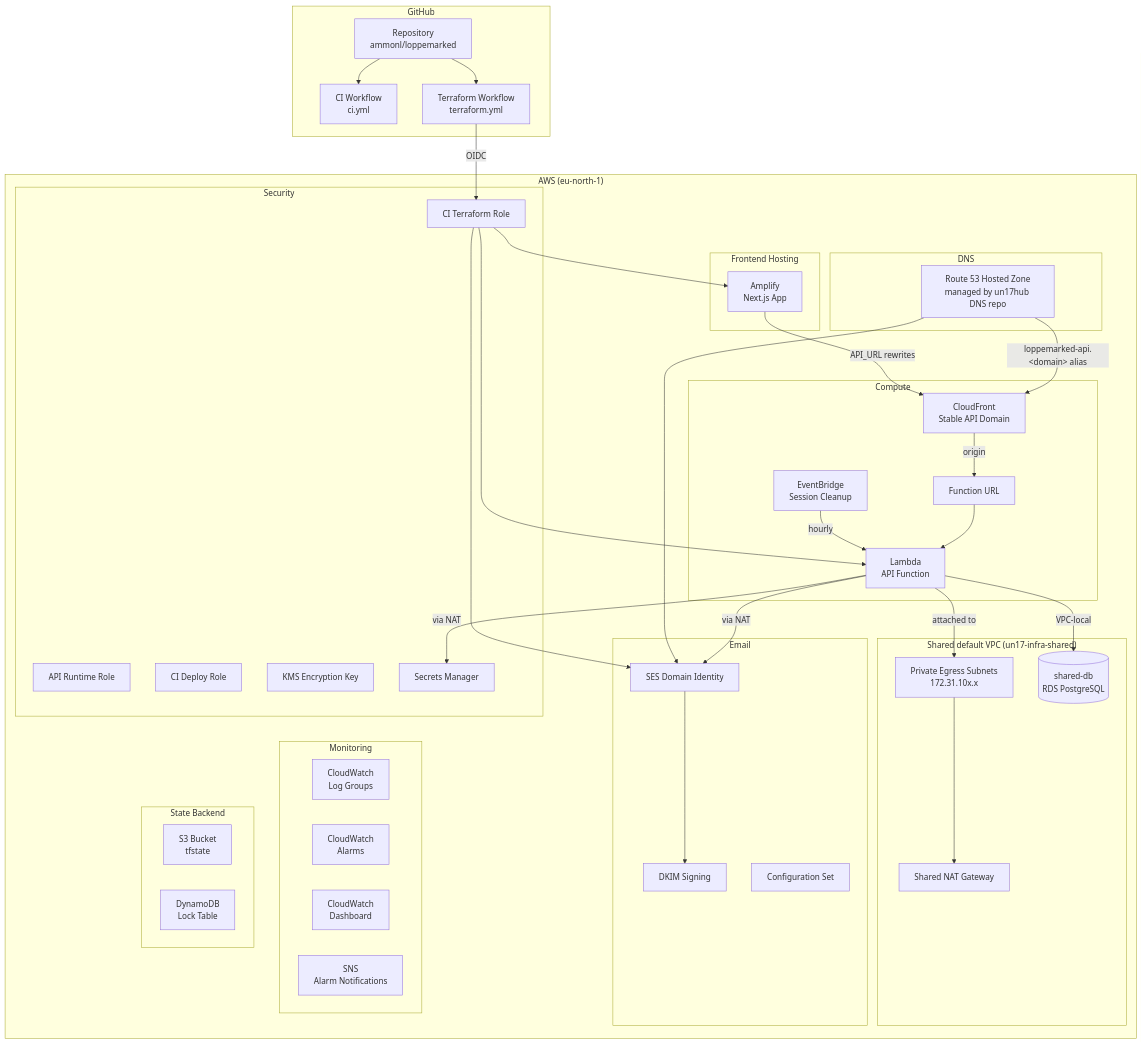
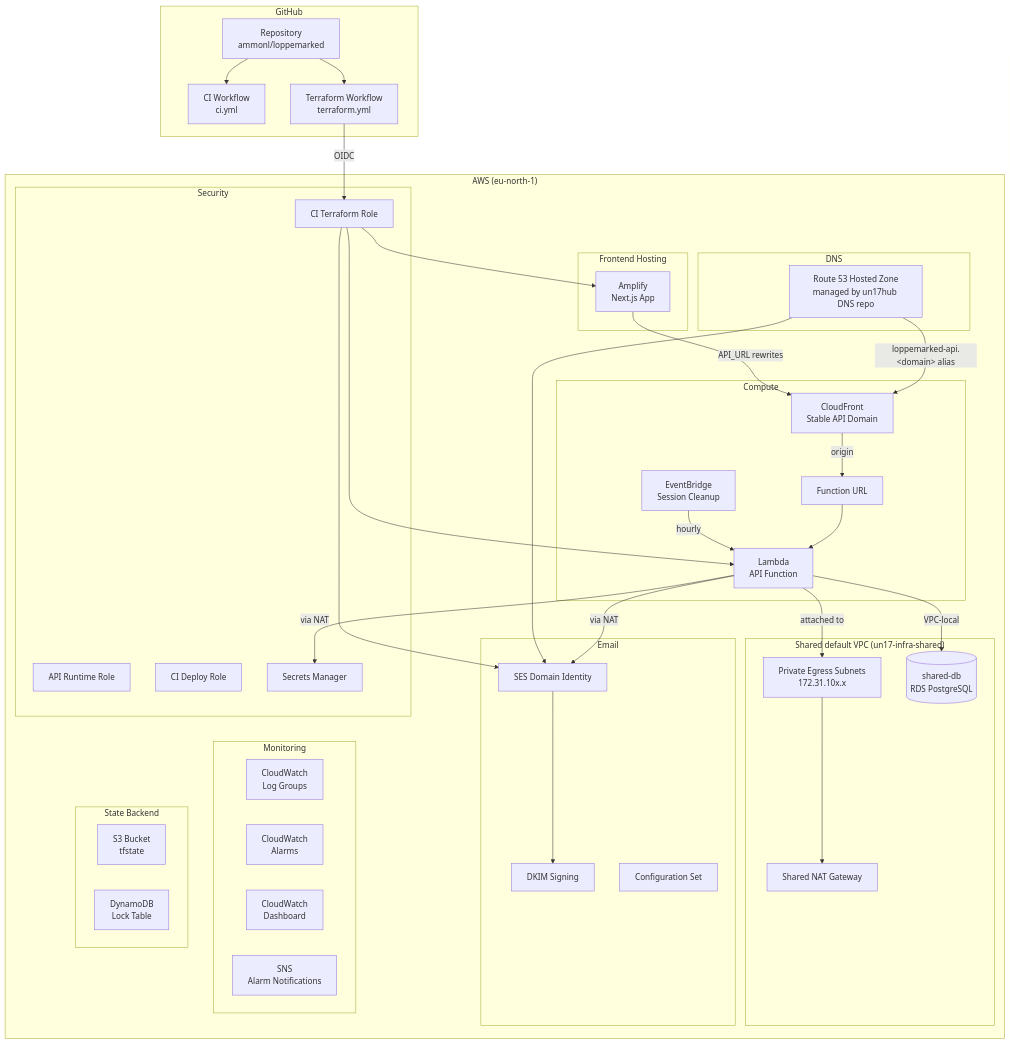
One commit to ammonl/loppemarked changed the sixth of 7 diagrams in docs/architecture.md. Above: the diagram before and after it, drawn with Mermaid. The commit also changed other lines of this file and 3 other files, not shown here.

First line of the commit message:
chore(infra): retire the per-stack CloudWatch logs KMS key (#302)

````diff
--- a/docs/architecture.md
+++ b/docs/architecture.md
@@ -333,76 +333,75 @@
 ```mermaid
 graph TB
     subgraph "GitHub"
         REPO[Repository<br/>ammonl/loppemarked]
         CI[CI Workflow<br/>ci.yml]
         TF_WF[Terraform Workflow<br/>terraform.yml]
     end
 
     subgraph "AWS (eu-north-1)"
         subgraph "Shared default VPC (un17-infra-shared)"
             SHARED_SUB[Private Egress Subnets<br/>172.31.10x.x]
             NAT[Shared NAT Gateway]
             SHARED_RDS[(shared-db<br/>RDS PostgreSQL)]
         end
 
         subgraph "Compute"
             LAMBDA[Lambda<br/>API Function]
             LAMBDA_URL[Function URL]
             CF[CloudFront<br/>Stable API Domain]
             EB[EventBridge<br/>Session Cleanup]
         end
 
         subgraph "Frontend Hosting"
             AMPLIFY[Amplify<br/>Next.js App]
         end
 
         subgraph "Email"
             SES_ID[SES Domain Identity]
             SES_DKIM[DKIM Signing]
             SES_CS[Configuration Set]
         end
 
         subgraph "DNS"
             R53[Route 53 Hosted Zone<br/>managed by un17hub DNS repo]
         end
 
         subgraph "Security"
             IAM_API[API Runtime Role]
             IAM_CI[CI Deploy Role]
             IAM_TF[CI Terraform Role]
-            KMS[KMS Encryption Key]
             SECRETS[Secrets Manager]
         end
 
         subgraph "Monitoring"
             CW[CloudWatch<br/>Log Groups]
             ALARMS[CloudWatch<br/>Alarms]
             DASH[CloudWatch<br/>Dashboard]
             SNS[SNS<br/>Alarm Notifications]
         end
 
         subgraph "State Backend"
             S3[S3 Bucket<br/>tfstate]
             DDB[DynamoDB<br/>Lock Table]
         end
     end
 
     REPO --> CI
     REPO --> TF_WF
     TF_WF -->|OIDC| IAM_TF
     IAM_TF --> LAMBDA
     IAM_TF --> SES_ID
     IAM_TF --> AMPLIFY
     LAMBDA_URL --> LAMBDA
     CF -->|origin| LAMBDA_URL
     R53 -->|loppemarked-api.&lt;domain&gt; alias| CF
     AMPLIFY -->|API_URL rewrites| CF
     EB -->|hourly| LAMBDA
     LAMBDA -->|attached to| SHARED_SUB
     LAMBDA -->|VPC-local| SHARED_RDS
     SHARED_SUB --> NAT
     LAMBDA -->|via NAT| SES_ID
     LAMBDA -->|via NAT| SECRETS
     R53 --> SES_ID
     SES_ID --> SES_DKIM
 ```
````
